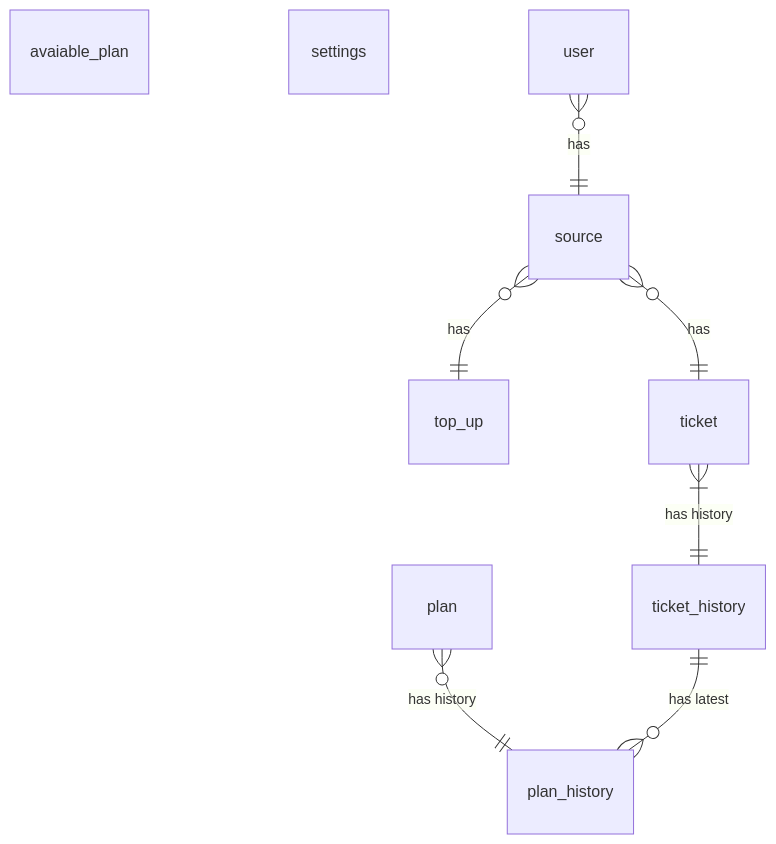
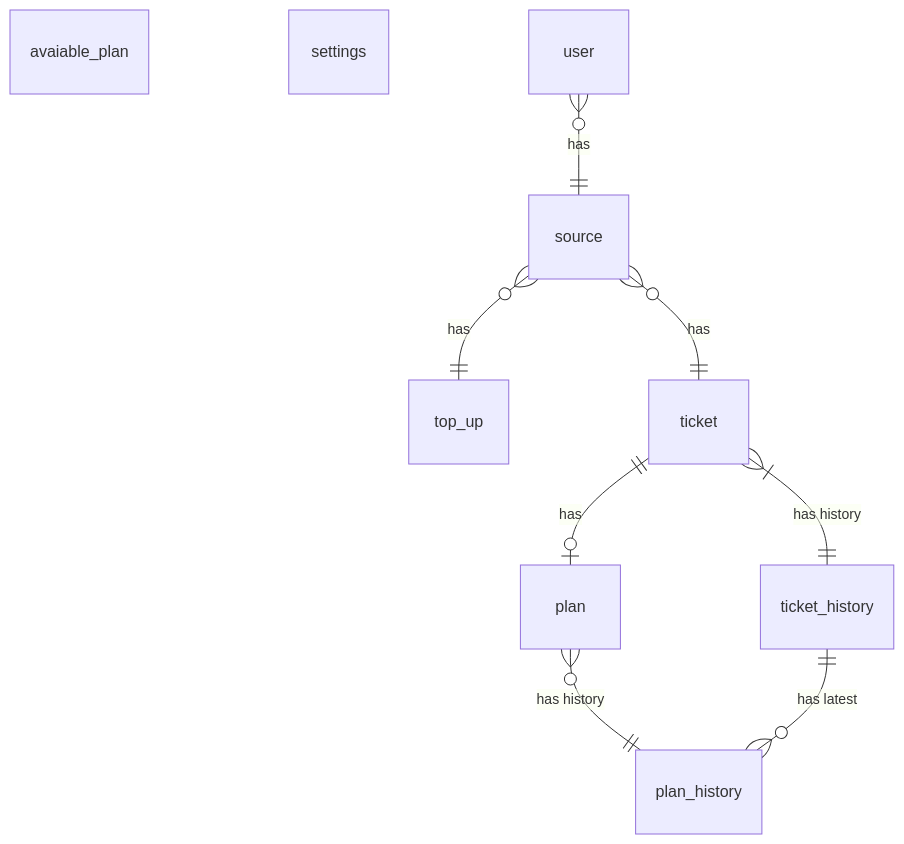
Before and after one commit to coinhub-uit/coinhub-uit.github.io: the fourth of 4 diagrams in docs/diagrams/database/ticket-creation.md, drawn with Mermaid. The commit also changed other lines of this file and 1 other file, not shown here.

Commit message:
feat(ticket): add col plan

````diff
--- a/docs/diagrams/database/ticket-creation.md
+++ b/docs/diagrams/database/ticket-creation.md
@@ -66,12 +68,13 @@
 ```mermaid
 erDiagram
   avaiable_plan
   settings
 
   user }o--|| source : "has"
   source }o--|| top_up : "has"
+  plan }o--|| plan_history : "has history"
   ticket }|--|| ticket_history : "has history"
-  plan }o--|| plan_history : "has history"
+  ticket ||--|o plan: "has"
   ticket_history ||--}o plan_history : "has latest"
   source }o--|| ticket : "has"
 ```
````
